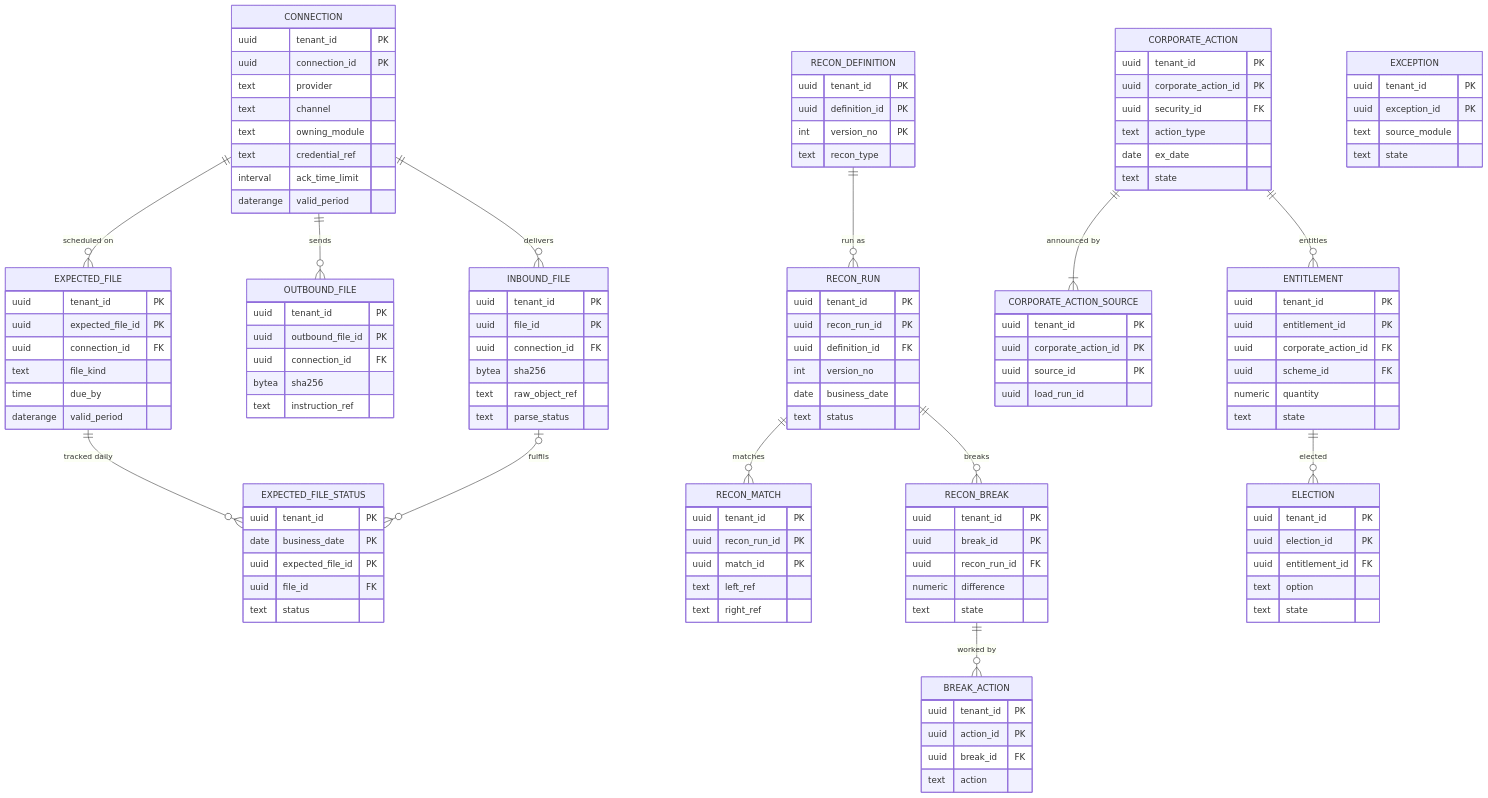
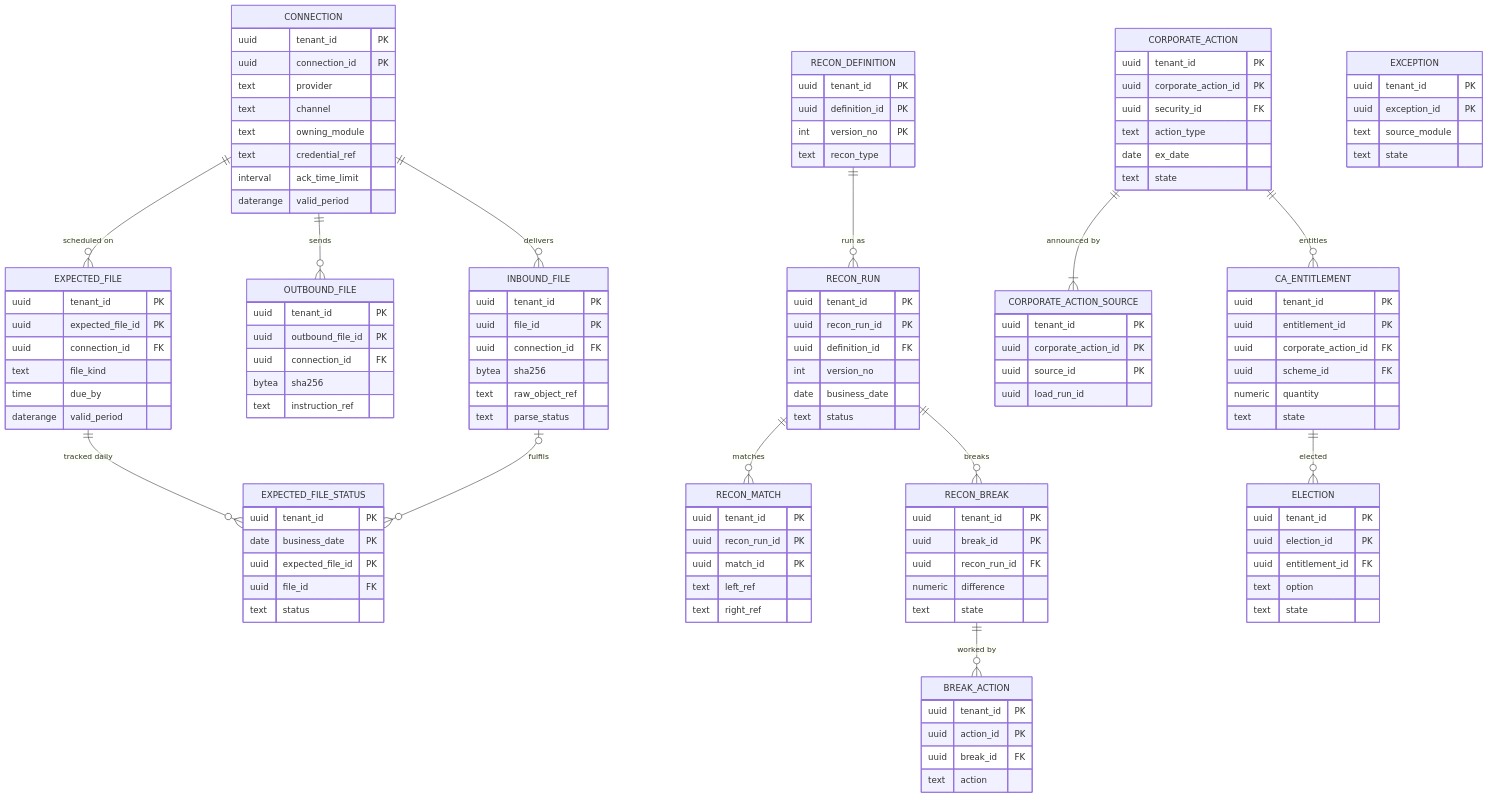
One commit to suchitdubey7/AMC-OS changed the first of 3 diagrams in architecture/erds/D12_operations_workflow_documents.md. Above: the diagram before and after it, drawn with Mermaid. The commit also changed other lines of this file and 19 other files, not shown here.

```diff
--- a/architecture/erds/D12_operations_workflow_documents.md
+++ b/architecture/erds/D12_operations_workflow_documents.md
@@ -18,8 +18,8 @@
   RECON_RUN ||--o{ RECON_BREAK : "breaks"
   RECON_BREAK ||--o{ BREAK_ACTION : "worked by"
   CORPORATE_ACTION ||--|{ CORPORATE_ACTION_SOURCE : "announced by"
-  CORPORATE_ACTION ||--o{ ENTITLEMENT : "entitles"
-  ENTITLEMENT ||--o{ ELECTION : "elected"
+  CORPORATE_ACTION ||--o{ CA_ENTITLEMENT : "entitles"
+  CA_ENTITLEMENT ||--o{ ELECTION : "elected"
   CONNECTION {
     uuid tenant_id PK
     uuid connection_id PK
@@ -114,7 +114,7 @@
     uuid source_id PK
     uuid load_run_id
   }
-  ENTITLEMENT {
+  CA_ENTITLEMENT {
     uuid tenant_id PK
     uuid entitlement_id PK
     uuid corporate_action_id FK
```
